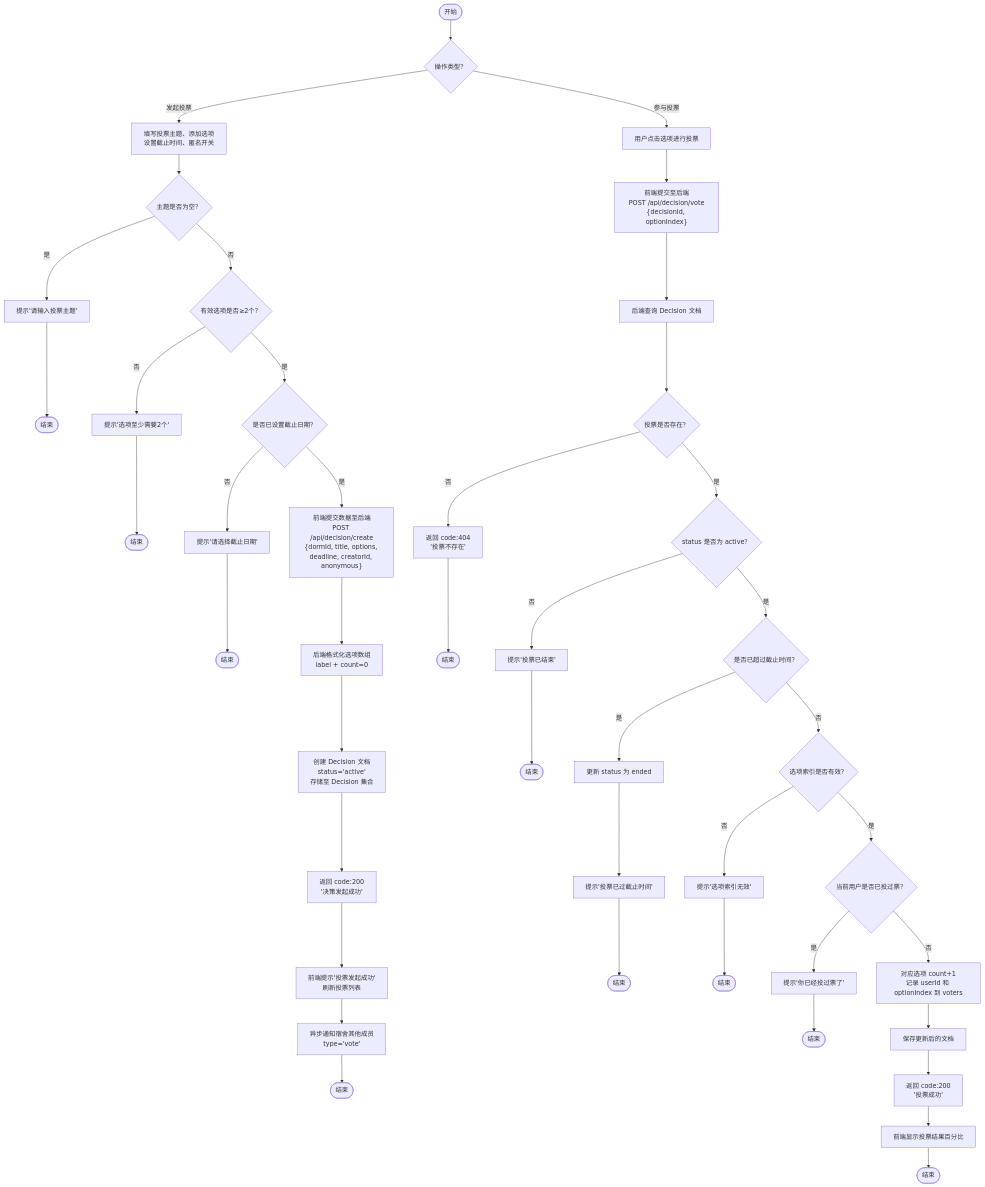
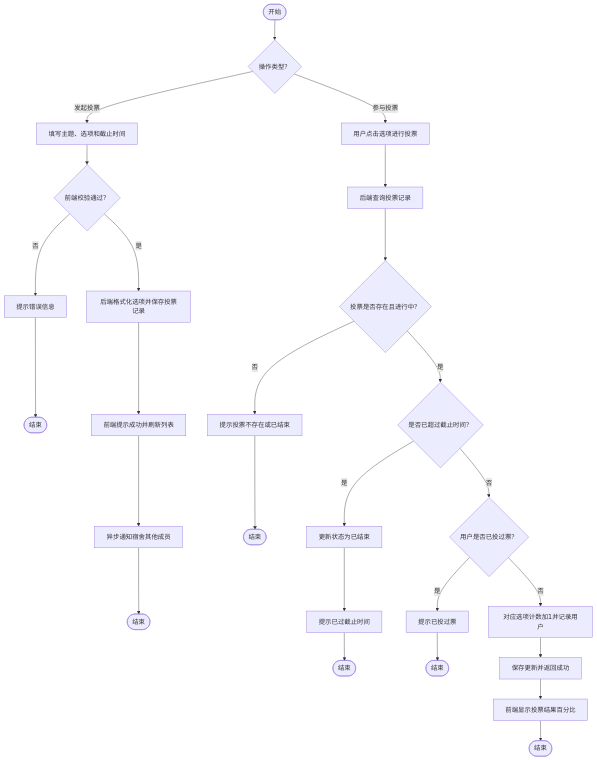
One commit to abcdaa12/test changed the diagram in mermaid/投票决策流程图.md. Above: the diagram before and after it, drawn with Mermaid. The commit also changed 17 other files, not shown here.

````diff
--- a/mermaid/投票决策流程图.md
+++ b/mermaid/投票决策流程图.md
@@ -1,47 +1,30 @@
 ```mermaid
 flowchart TD
     A([开始]) --> B{"操作类型？"}
 
-    B -- 发起投票 --> C["填写投票主题、添加选项\n设置截止时间、匿名开关"]
-    C --> D{"主题是否为空？"}
-    D -- 是 --> D1["提示'请输入投票主题'"]
-    D1 --> Z1([结束])
-    D -- 否 --> E{"有效选项是否≥2个？"}
-    E -- 否 --> E1["提示'选项至少需要2个'"]
-    E1 --> Z2([结束])
-    E -- 是 --> F{"是否已设置截止日期？"}
-    F -- 否 --> F1["提示'请选择截止日期'"]
-    F1 --> Z3([结束])
-    F -- 是 --> G["前端提交数据至后端\nPOST /api/decision/create\n{dormId, title, options, deadline, creatorId, anonymous}"]
-    G --> H["后端格式化选项数组\nlabel + count=0"]
-    H --> I["创建 Decision 文档\nstatus='active'\n存储至 Decision 集合"]
-    I --> J["返回 code:200\n'决策发起成功'"]
-    J --> K["前端提示'投票发起成功'\n刷新投票列表"]
-    K --> L["异步通知宿舍其他成员\ntype='vote'"]
-    L --> Z4([结束])
+    B -- 发起投票 --> C["填写主题、选项和截止时间"]
+    C --> D{"前端校验通过？"}
+    D -- 否 --> E["提示错误信息"]
+    E --> Z1([结束])
+    D -- 是 --> F["后端格式化选项并保存投票记录"]
+    F --> G["前端提示成功并刷新列表"]
+    G --> H["异步通知宿舍其他成员"]
+    H --> Z2([结束])
 
-    B -- 参与投票 --> M["用户点击选项进行投票"]
-    M --> N["前端提交至后端\nPOST /api/decision/vote\n{decisionId, optionIndex}"]
-    N --> O["后端查询 Decision 文档"]
-    O --> P{"投票是否存在？"}
-    P -- 否 --> P1["返回 code:404\n'投票不存在'"]
-    P1 --> Z5([结束])
-    P -- 是 --> Q{"status 是否为 active？"}
-    Q -- 否 --> Q1["提示'投票已结束'"]
-    Q1 --> Z6([结束])
-    Q -- 是 --> R{"是否已超过截止时间？"}
-    R -- 是 --> R1["更新 status 为 ended"]
-    R1 --> R2["提示'投票已过截止时间'"]
-    R2 --> Z7([结束])
-    R -- 否 --> S{"选项索引是否有效？"}
-    S -- 否 --> S1["提示'选项索引无效'"]
-    S1 --> Z8([结束])
-    S -- 是 --> T{"当前用户是否已投过票？"}
-    T -- 是 --> T1["提示'你已经投过票了'"]
-    T1 --> Z9([结束])
-    T -- 否 --> U["对应选项 count+1\n记录 userId 和 optionIndex 到 voters"]
-    U --> V["保存更新后的文档"]
-    V --> W["返回 code:200\n'投票成功'"]
-    W --> X["前端显示投票结果百分比"]
-    X --> Z10([结束])
+    B -- 参与投票 --> I["用户点击选项进行投票"]
+    I --> J["后端查询投票记录"]
+    J --> K{"投票是否存在且进行中？"}
+    K -- 否 --> L["提示投票不存在或已结束"]
+    L --> Z3([结束])
+    K -- 是 --> M{"是否已超过截止时间？"}
+    M -- 是 --> N["更新状态为已结束"]
+    N --> O["提示已过截止时间"]
+    O --> Z4([结束])
+    M -- 否 --> P{"用户是否已投过票？"}
+    P -- 是 --> Q["提示已投过票"]
+    Q --> Z5([结束])
+    P -- 否 --> R["对应选项计数加1并记录用户"]
+    R --> S["保存更新并返回成功"]
+    S --> T["前端显示投票结果百分比"]
+    T --> Z6([结束])
 ```
````
